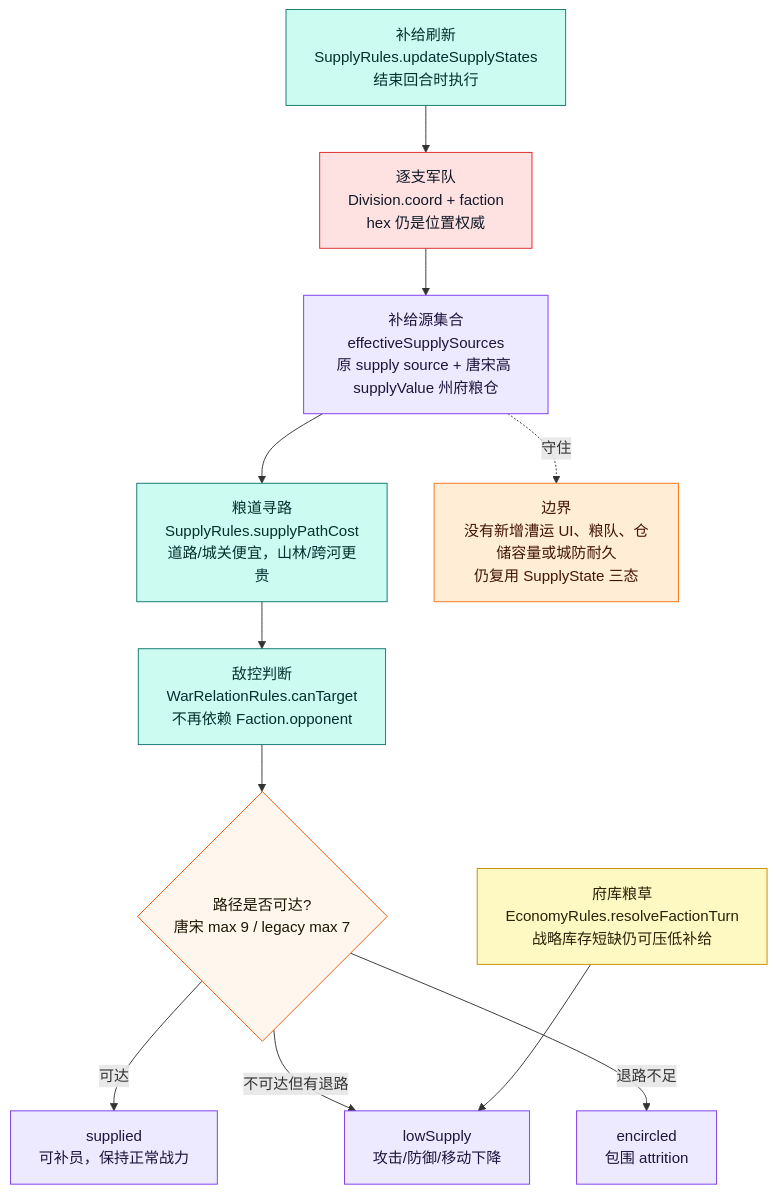
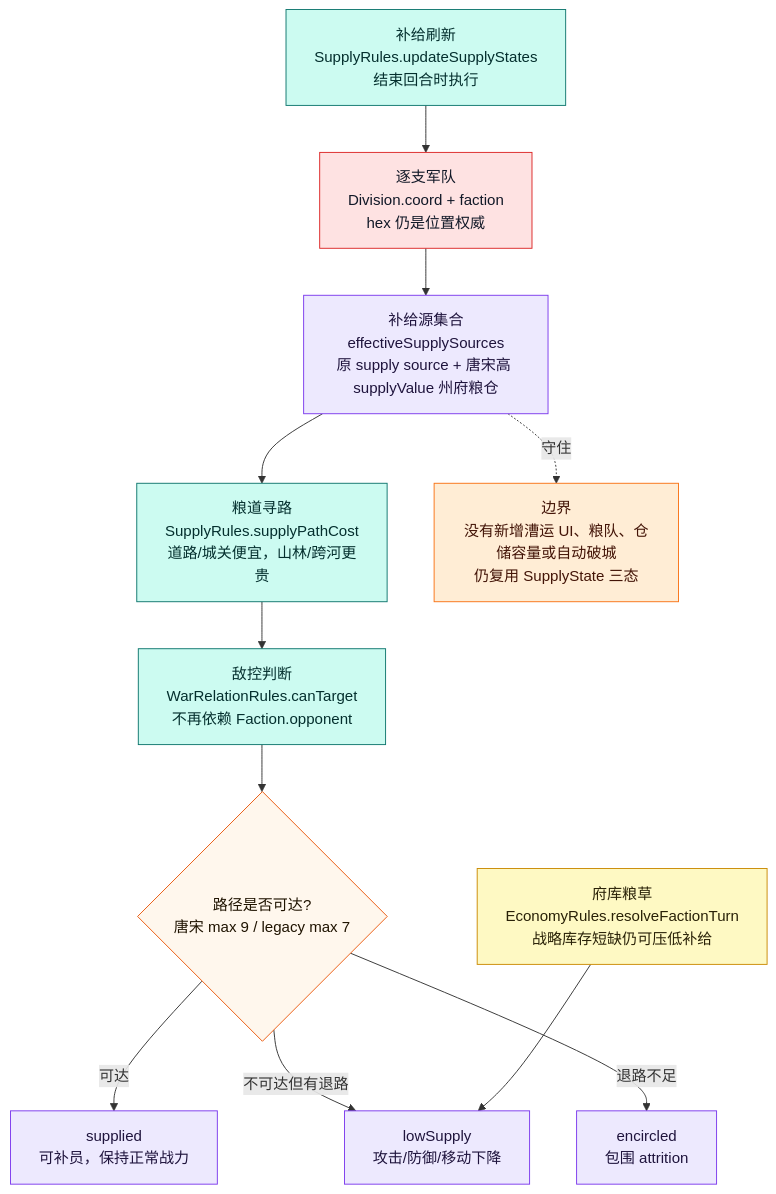
The fifth of 12 diagrams in md/flow/flowchart.md (Altman-sam114/125), drawn with Mermaid before and after one commit. The commit also changed other lines of this file and 15 other files, not shown here.

````diff
--- a/md/flow/flowchart.md
+++ b/md/flow/flowchart.md
@@ -256,29 +256,29 @@
 ```mermaid
 flowchart TD
     START["补给刷新<br/>SupplyRules.updateSupplyStates<br/>结束回合时执行"]:::rules
     DIV["逐支军队<br/>Division.coord + faction<br/>hex 仍是位置权威"]:::authority
     SOURCE["补给源集合<br/>effectiveSupplySources<br/>原 supply source + 唐宋高 supplyValue 州府粮仓"]:::state
     PATH["粮道寻路<br/>SupplyRules.supplyPathCost<br/>道路/城关便宜，山林/跨河更贵"]:::rules
     REL["敌控判断<br/>WarRelationRules.canTarget<br/>不再依赖 Faction.opponent"]:::rules
     STATE{"路径是否可达?<br/>唐宋 max 9 / legacy max 7"}:::decision
     OK["supplied<br/>可补员，保持正常战力"]:::state
     LOW["lowSupply<br/>攻击/防御/移动下降"]:::state
     ENC["encircled<br/>包围 attrition"]:::state
     ECON["府库粮草<br/>EconomyRules.resolveFactionTurn<br/>战略库存短缺仍可压低补给"]:::economy
 
     START --> DIV --> SOURCE --> PATH --> REL --> STATE
     STATE -->|可达| OK
     STATE -->|不可达但有退路| LOW
     STATE -->|退路不足| ENC
     ECON --> LOW
 
-    WARN["边界<br/>没有新增漕运 UI、粮队、仓储容量或城防耐久<br/>仍复用 SupplyState 三态"]:::warn
+    WARN["边界<br/>没有新增漕运 UI、粮队、仓储容量或自动破城<br/>仍复用 SupplyState 三态"]:::warn
     SOURCE -.守住.-> WARN
 
     classDef rules fill:#ccfbf1,stroke:#0f766e,color:#042f2e
     classDef authority fill:#fee2e2,stroke:#dc2626,color:#111827
     classDef state fill:#ede9fe,stroke:#7c3aed,color:#1f143d
     classDef decision fill:#fff7ed,stroke:#ea580c,color:#1f1300
     classDef economy fill:#fef9c3,stroke:#ca8a04,color:#292107
     classDef warn fill:#ffedd5,stroke:#f97316,color:#431407
 ```
````
